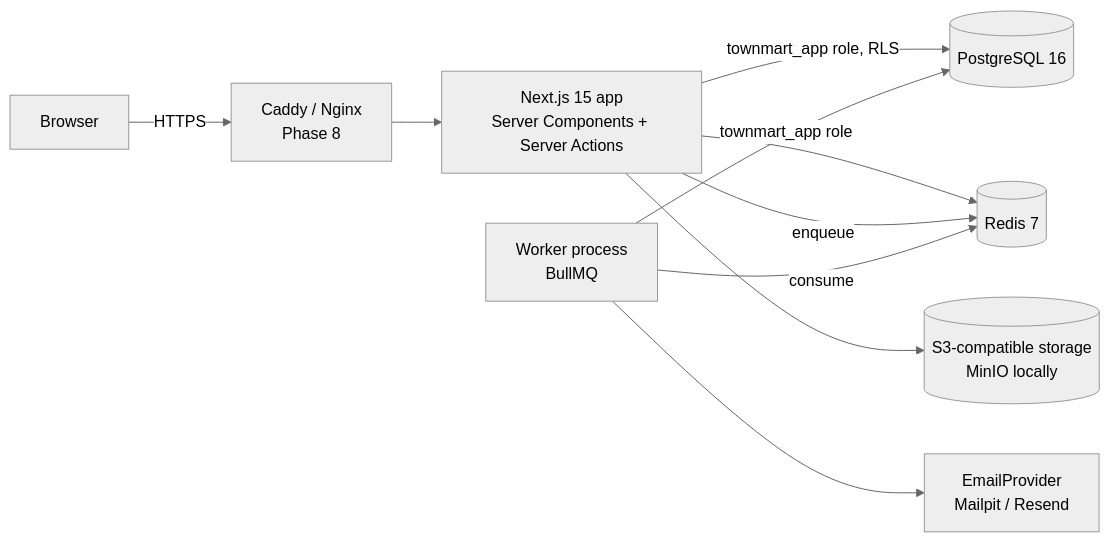
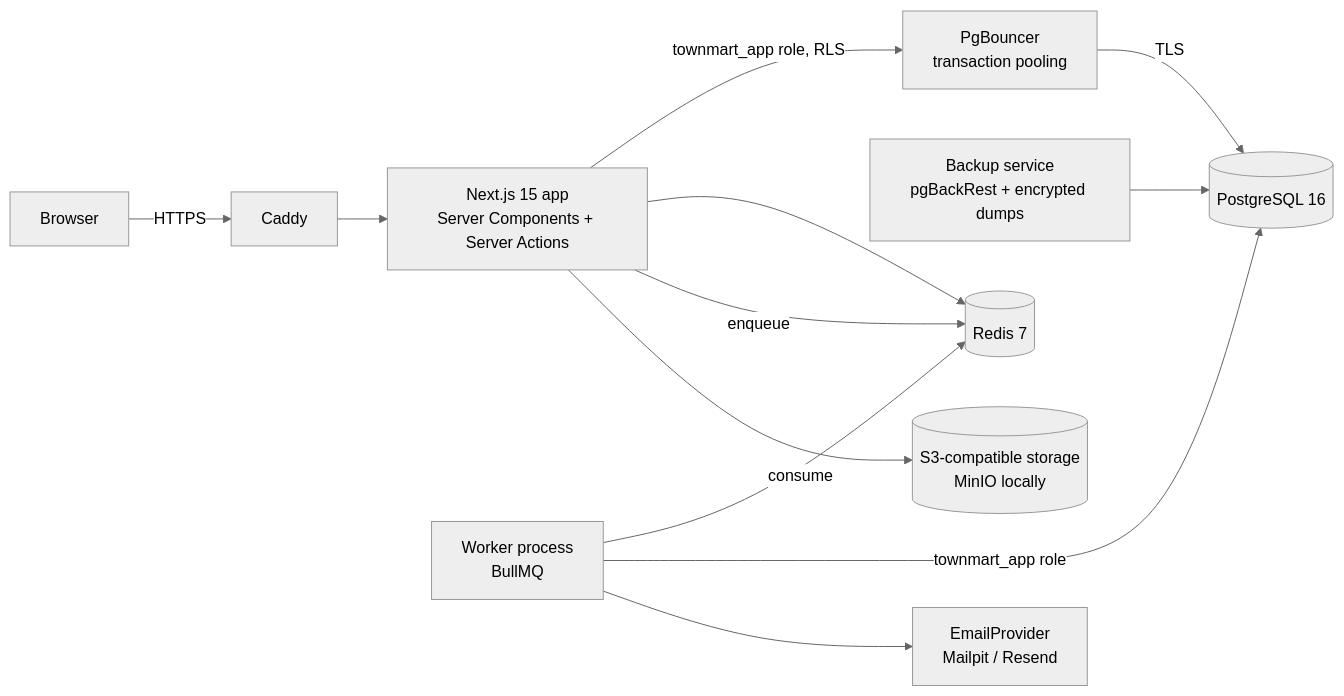
The first of 4 diagrams in ARCHITECTURE.md (thetowngrowershub-max/townmart-ng), drawn with Mermaid (neutral theme) before and after one commit. The commit also changed other lines of this file and 47 other files, not shown here.

````diff
--- a/ARCHITECTURE.md
+++ b/ARCHITECTURE.md
@@ -7,12 +7,14 @@
 ```mermaid
 flowchart LR
-  browser[Browser] -->|HTTPS| proxy[Caddy / Nginx<br/>Phase 8]
+  browser[Browser] -->|HTTPS| proxy[Caddy]
   proxy --> web[Next.js 15 app<br/>Server Components + Server Actions]
-  web -->|townmart_app role, RLS| pg[(PostgreSQL 16)]
+  web -->|townmart_app role, RLS| bouncer[PgBouncer<br/>transaction pooling]
+  bouncer -->|TLS| pg[(PostgreSQL 16)]
+  backup[Backup service<br/>pgBackRest + encrypted dumps] --> pg
   web --> redis[(Redis 7)]
   web -->|enqueue| redis
   worker[Worker process<br/>BullMQ] -->|consume| redis
   worker -->|townmart_app role| pg
   worker --> email[EmailProvider<br/>Mailpit / Resend]
   web --> s3[(S3-compatible storage<br/>MinIO locally)]
 ```
````
